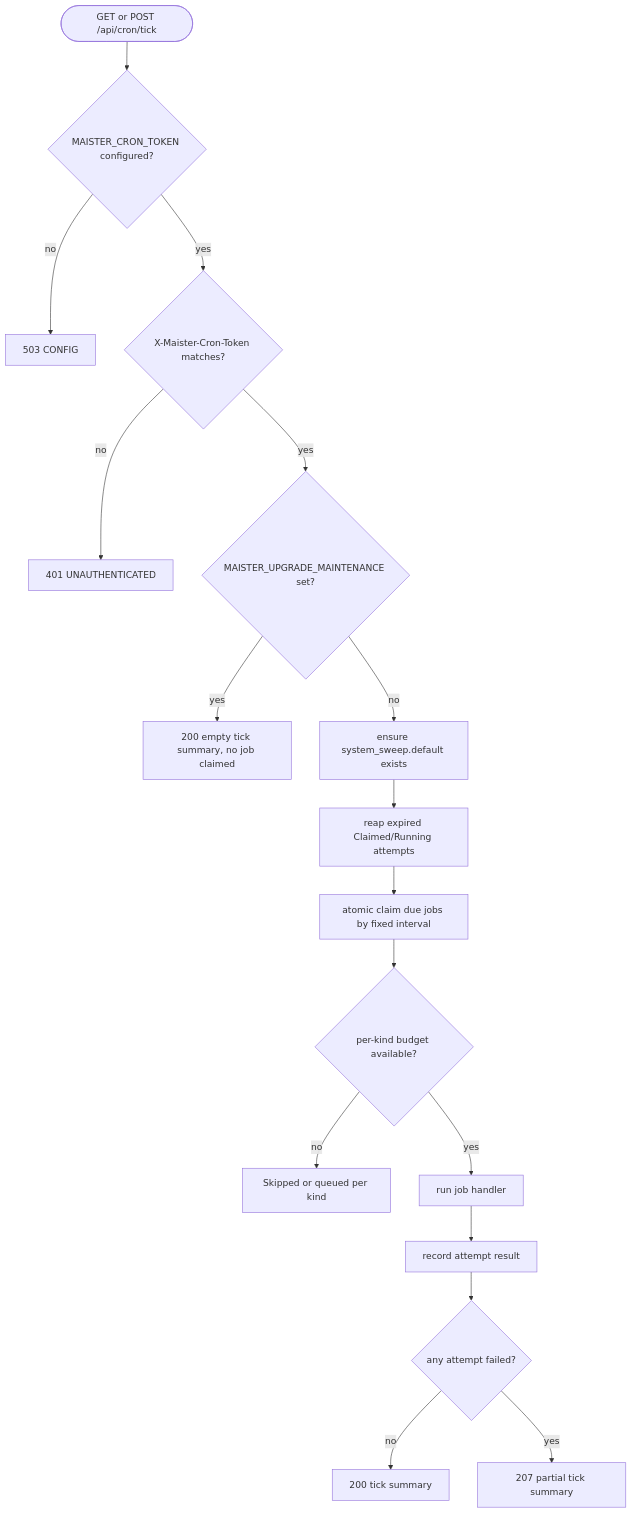
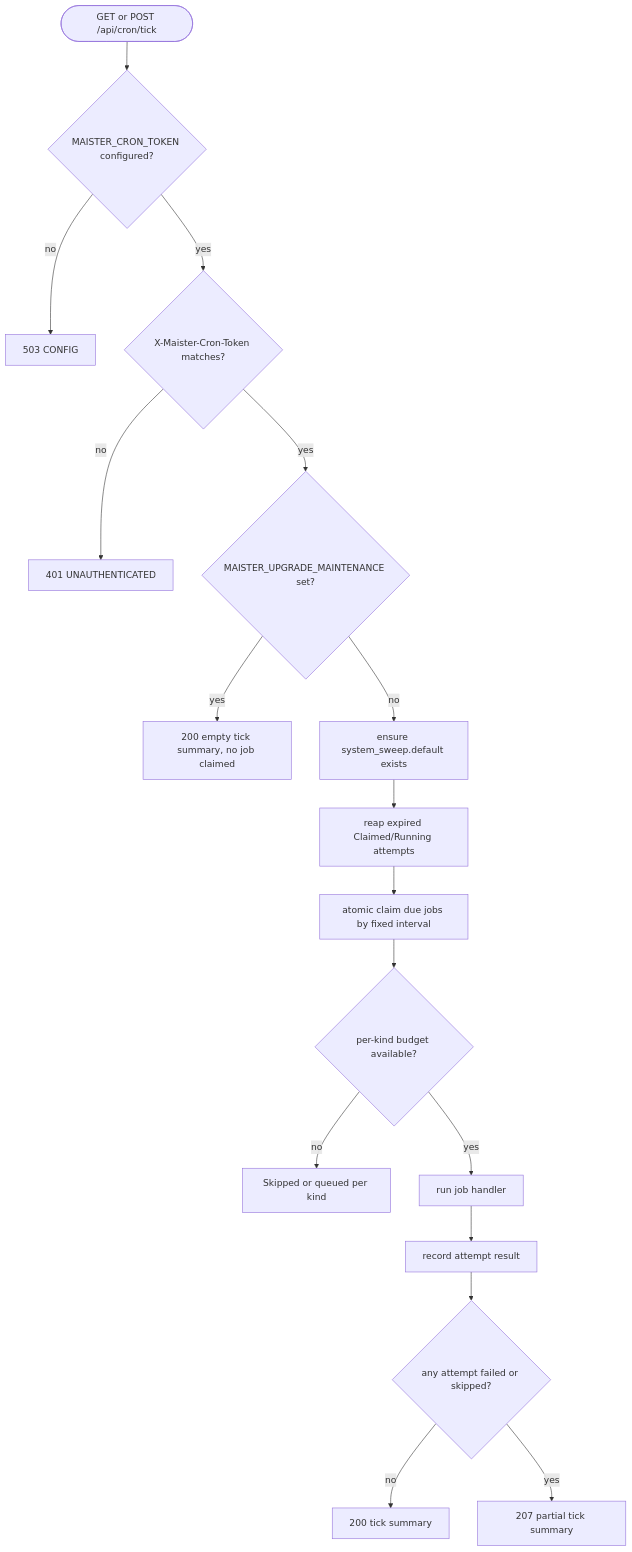
One commit to maister-dev/maister changed the second of 5 diagrams in docs/system-analytics/scheduler.md. Above: the diagram before and after it, drawn with Mermaid. The commit also changed other lines of this file and 55 other files, not shown here.

````diff
--- a/docs/system-analytics/scheduler.md
+++ b/docs/system-analytics/scheduler.md
@@ -222,19 +222,19 @@
 ```mermaid
 flowchart TD
     Req([GET or POST /api/cron/tick]) --> Cfg{MAISTER_CRON_TOKEN configured?}
     Cfg -- no --> R503[503 CONFIG]
     Cfg -- yes --> Tok{X-Maister-Cron-Token matches?}
     Tok -- no --> R401[401 UNAUTHENTICATED]
     Tok -- yes --> Fence{MAISTER_UPGRADE_MAINTENANCE set?}
     Fence -- yes --> R200F[200 empty tick summary, no job claimed]
     Fence -- no --> Bootstrap[ensure system_sweep.default exists]
     Bootstrap --> Reap[reap expired Claimed/Running attempts]
     Reap --> Claim[atomic claim due jobs by fixed interval]
     Claim --> Budget{per-kind budget available?}
     Budget -- no --> Skip[Skipped or queued per kind]
     Budget -- yes --> Handle[run job handler]
     Handle --> Summary[record attempt result]
-    Summary --> Resp{any attempt failed?}
+    Summary --> Resp{any attempt failed or skipped?}
     Resp -- no --> R200[200 tick summary]
     Resp -- yes --> R207[207 partial tick summary]
 ```
````
